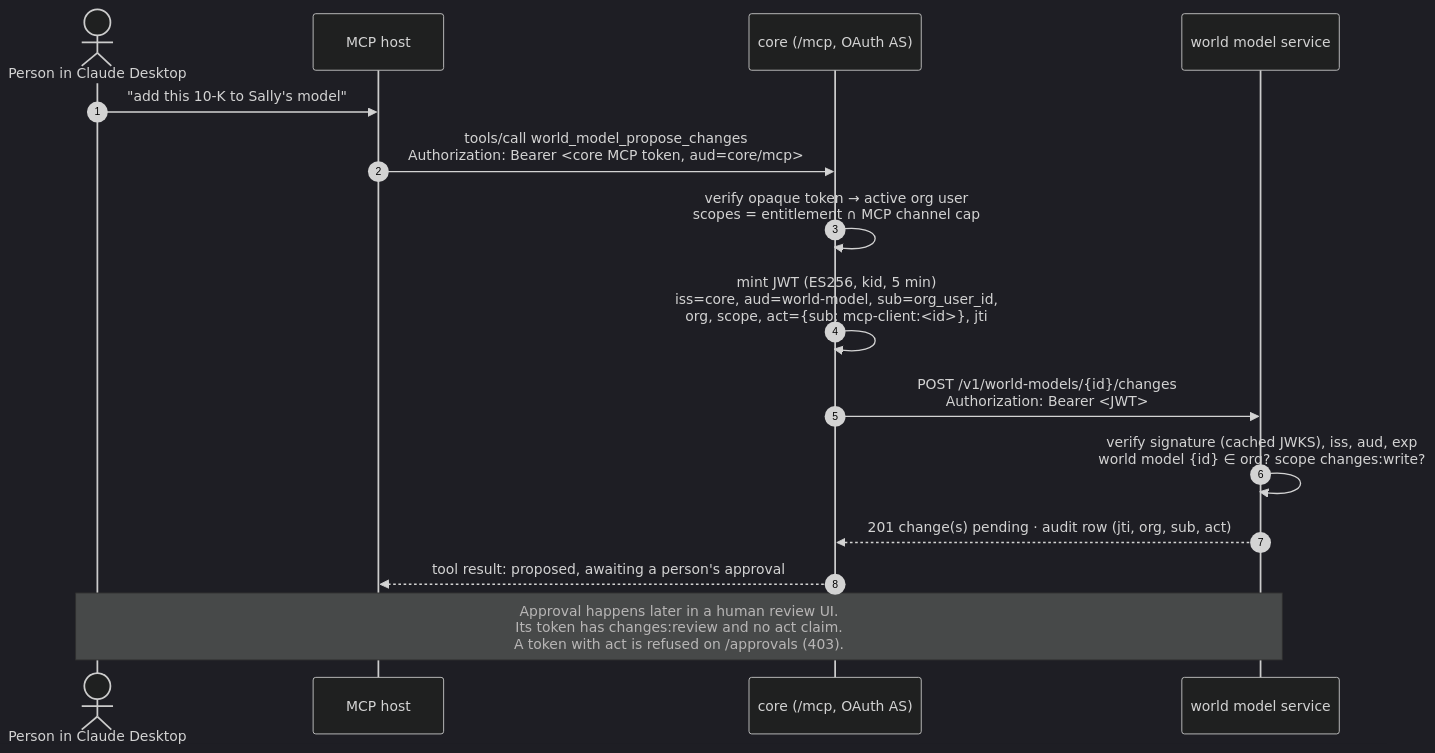
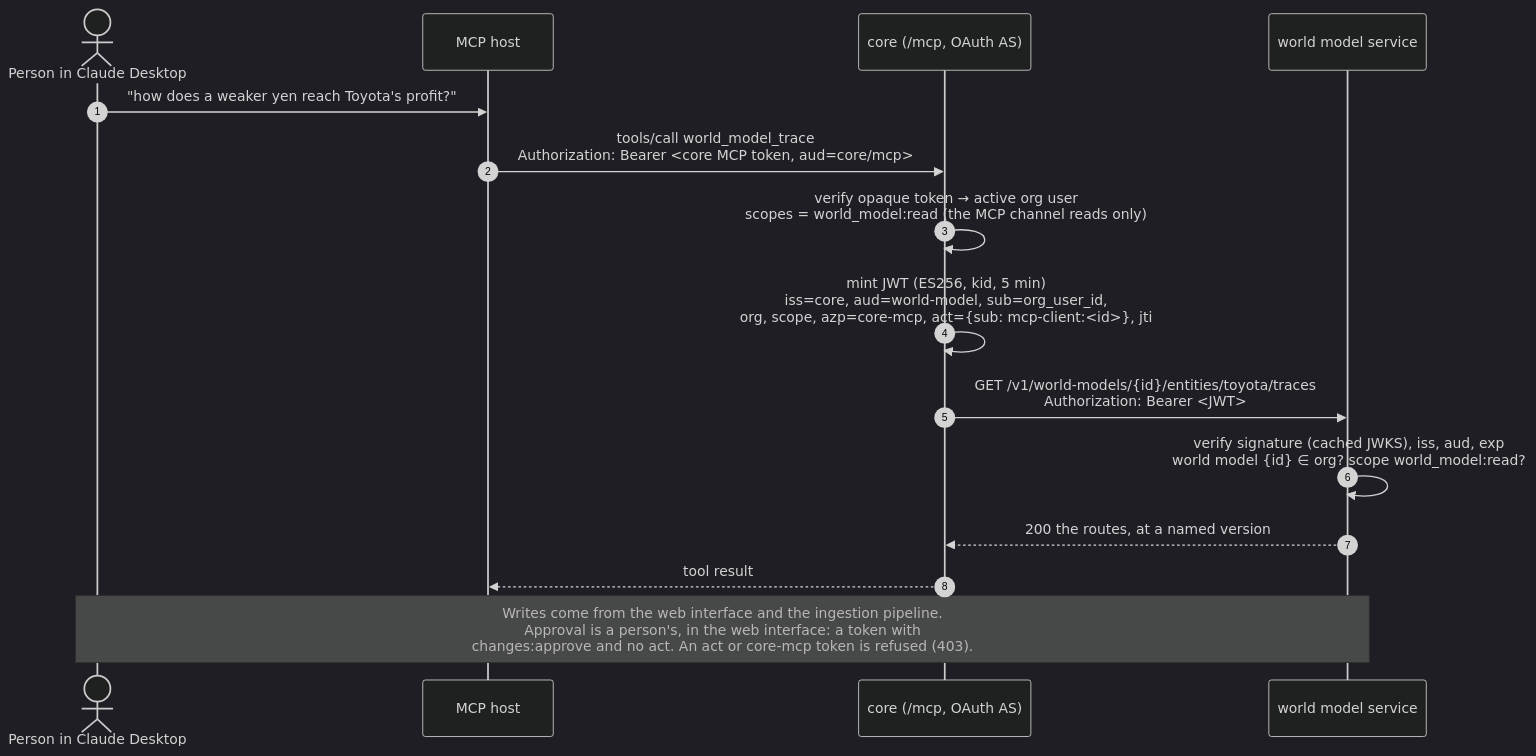
One commit to Axelrod-AI-Engineering/world-model changed the diagram in docs/design/core-mcp-auth.md. Above: the diagram before and after it, drawn with Mermaid (dark theme). The commit also changed other lines of this file and 42 other files, not shown here.

````diff
--- a/docs/design/core-mcp-auth.md
+++ b/docs/design/core-mcp-auth.md
@@ -117,17 +182,17 @@
 ```mermaid
 sequenceDiagram
     autonumber
     actor U as Person in Claude Desktop
     participant H as MCP host
     participant C as core (/mcp, OAuth AS)
     participant W as world model service
-    U->>H: "add this 10-K to Sally's model"
-    H->>C: tools/call world_model_propose_changes<br/>Authorization: Bearer <core MCP token, aud=core/mcp>
-    C->>C: verify opaque token → active org user<br/>scopes = entitlement ∩ MCP channel cap
-    C->>C: mint JWT (ES256, kid, 5 min)<br/>iss=core, aud=world-model, sub=org_user_id,<br/>org, scope, act={sub: mcp-client:<id>}, jti
-    C->>W: POST /v1/world-models/{id}/changes<br/>Authorization: Bearer <JWT>
-    W->>W: verify signature (cached JWKS), iss, aud, exp<br/>world model {id} ∈ org? scope changes:write?
-    W-->>C: 201 change(s) pending · audit row (jti, org, sub, act)
-    C-->>H: tool result: proposed, awaiting a person's approval
-    Note over U,W: Approval happens later in a human review UI.<br/>Its token has changes:review and no act claim.<br/>A token with act is refused on /approvals (403).
+    U->>H: "how does a weaker yen reach Toyota's profit?"
+    H->>C: tools/call world_model_trace<br/>Authorization: Bearer <core MCP token, aud=core/mcp>
+    C->>C: verify opaque token → active org user<br/>scopes = world_model:read (the MCP channel reads only)
+    C->>C: mint JWT (ES256, kid, 5 min)<br/>iss=core, aud=world-model, sub=org_user_id,<br/>org, scope, azp=core-mcp, act={sub: mcp-client:<id>}, jti
+    C->>W: GET /v1/world-models/{id}/entities/toyota/traces<br/>Authorization: Bearer <JWT>
+    W->>W: verify signature (cached JWKS), iss, aud, exp<br/>world model {id} ∈ org? scope world_model:read?
+    W-->>C: 200 the routes, at a named version
+    C-->>H: tool result
+    Note over U,W: Writes come from the web interface and the ingestion pipeline.<br/>Approval is a person's, in the web interface: a token with<br/>changes:approve and no act. An act or core-mcp token is refused (403).
 ```
````
